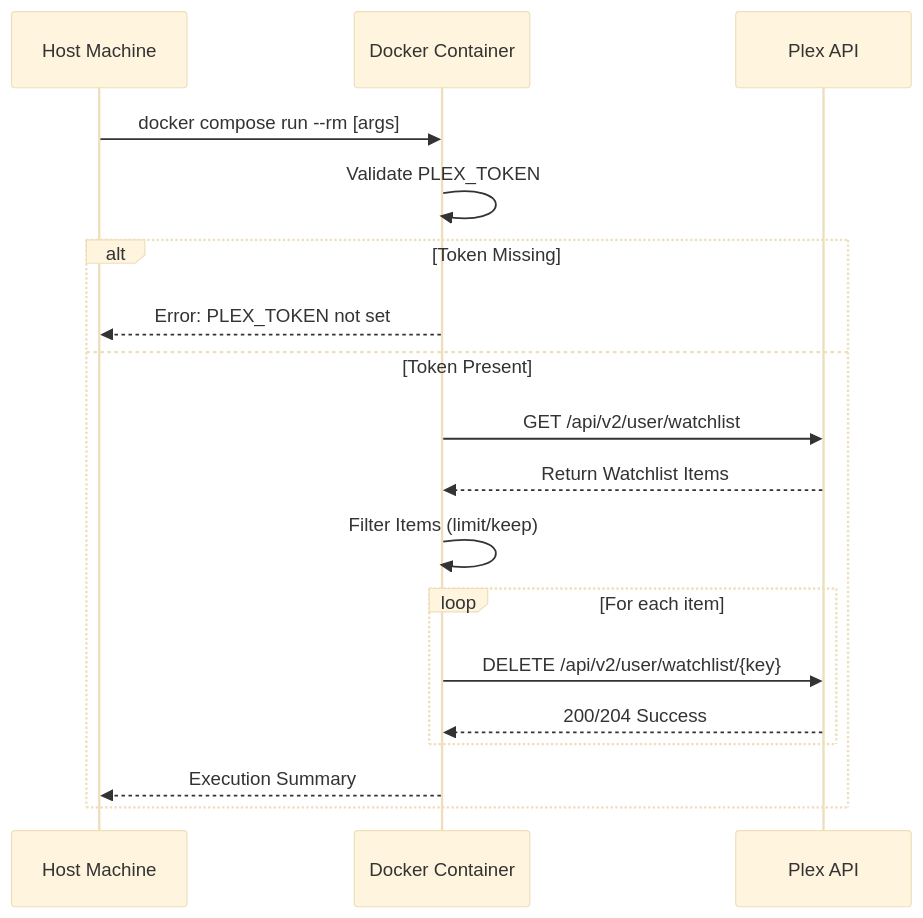
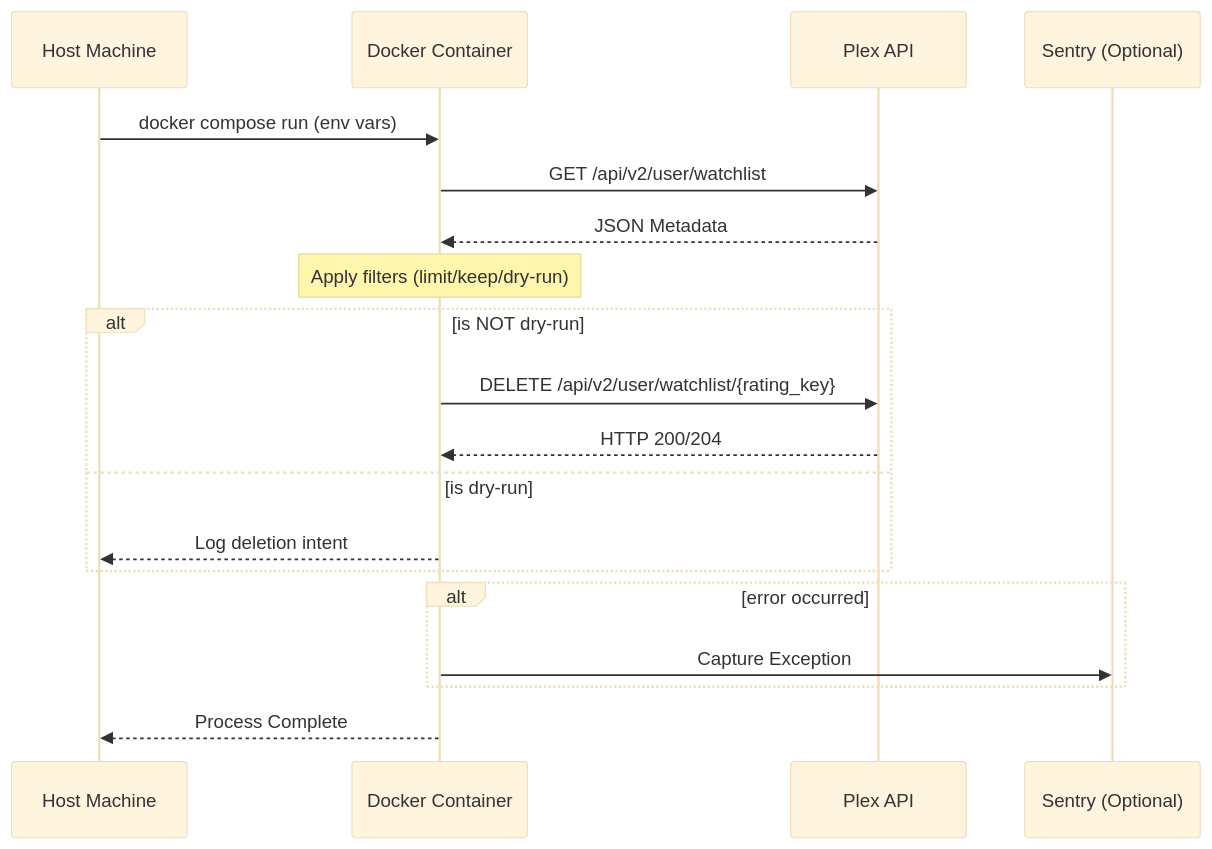
One commit to Avkroken/Docker-idempotent-update changed the second of 2 diagrams in .cubic/wiki/02-sec-setup/02-page-docker-setup.md. Above: the diagram before and after it, drawn with Mermaid (base theme). The commit also changed other lines of this file and 42 other files, not shown here.

````diff
--- a/.cubic/wiki/02-sec-setup/02-page-docker-setup.md
+++ b/.cubic/wiki/02-sec-setup/02-page-docker-setup.md
@@ -68,21 +97,22 @@
 ```mermaid
 sequenceDiagram
     participant Host as Host Machine
     participant Docker as Docker Container
     participant Plex as Plex API
+    participant Sentry as Sentry (Optional)
 
-    Host->>Docker: docker compose run --rm [args]
-    Docker->>Docker: Validate PLEX_TOKEN
-    alt Token Missing
-        Docker-->>Host: Error: PLEX_TOKEN not set
-    else Token Present
-        Docker->>Plex: GET /api/v2/user/watchlist
-        Plex-->>Docker: Return Watchlist Items
-        Docker->>Docker: Filter Items (limit/keep)
-        loop For each item
-            Docker->>Plex: DELETE /api/v2/user/watchlist/{key}
-            Plex-->>Docker: 200/204 Success
-        end
-        Docker-->>Host: Execution Summary
+    Host->>Docker: docker compose run (env vars)
+    Docker->>Plex: GET /api/v2/user/watchlist
+    Plex-->>Docker: JSON Metadata
+    Note over Docker: Apply filters (limit/keep/dry-run)
+    alt is NOT dry-run
+        Docker->>Plex: DELETE /api/v2/user/watchlist/{rating_key}
+        Plex-->>Docker: HTTP 200/204
+    else is dry-run
+        Docker-->>Host: Log deletion intent
     end
+    alt error occurred
+        Docker->>Sentry: Capture Exception
+    end
+    Docker-->>Host: Process Complete
 ```
````
